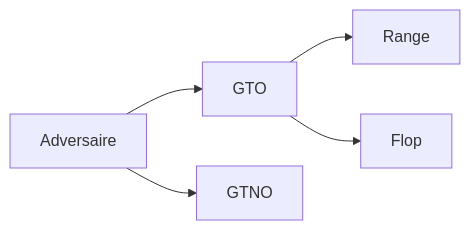
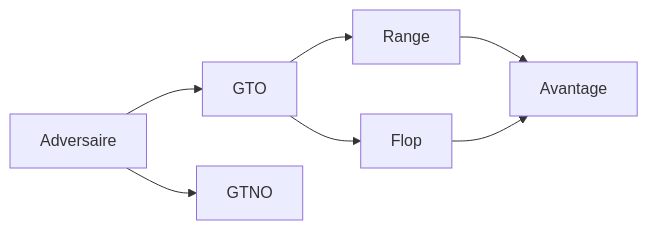
Before and after one commit to greglejeune/blog: the diagram in _posts/2020-01-01-test.md, drawn with Mermaid. The commit also changed other lines of this file, not shown here.

```diff
--- a/_posts/2020-01-01-test.md
+++ b/_posts/2020-01-01-test.md
@@ -16,7 +16,9 @@
     <div class="mermaid">
         graph LR
             Adversaire --> GTO
             Adversaire --> GTNO
             GTO --> Range
-            GTO --> Flop;
+            GTO --> Flop
+            Range --> Avantage
+            Flop --> Avantage;
     </div>
```
